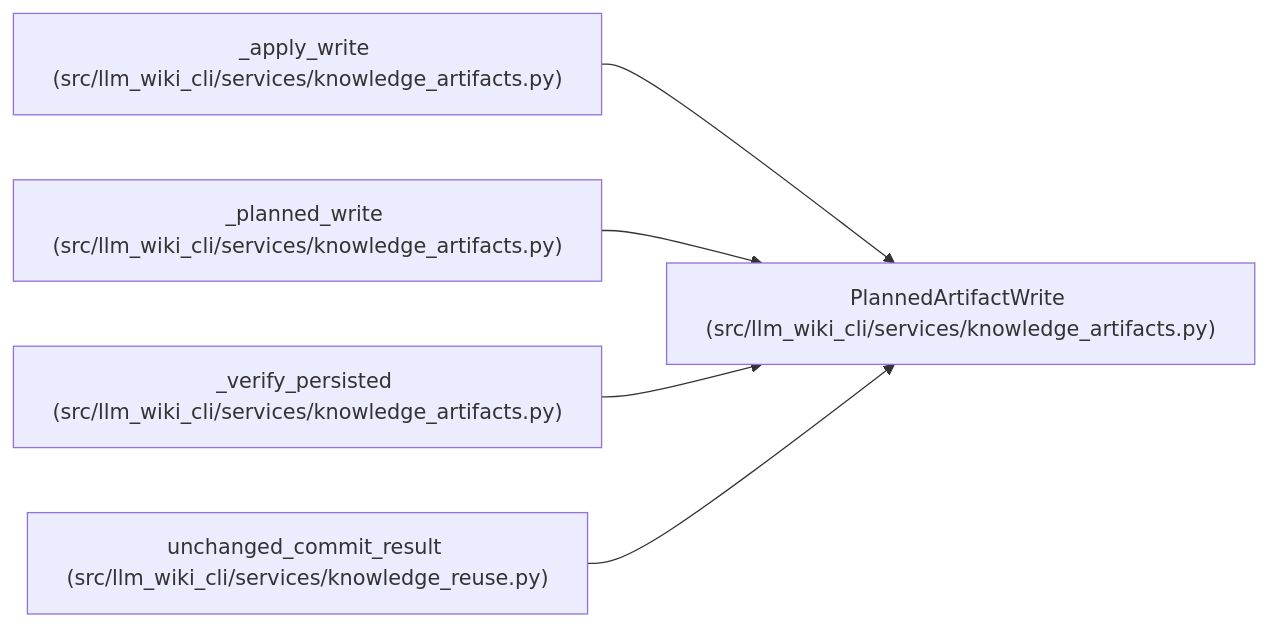
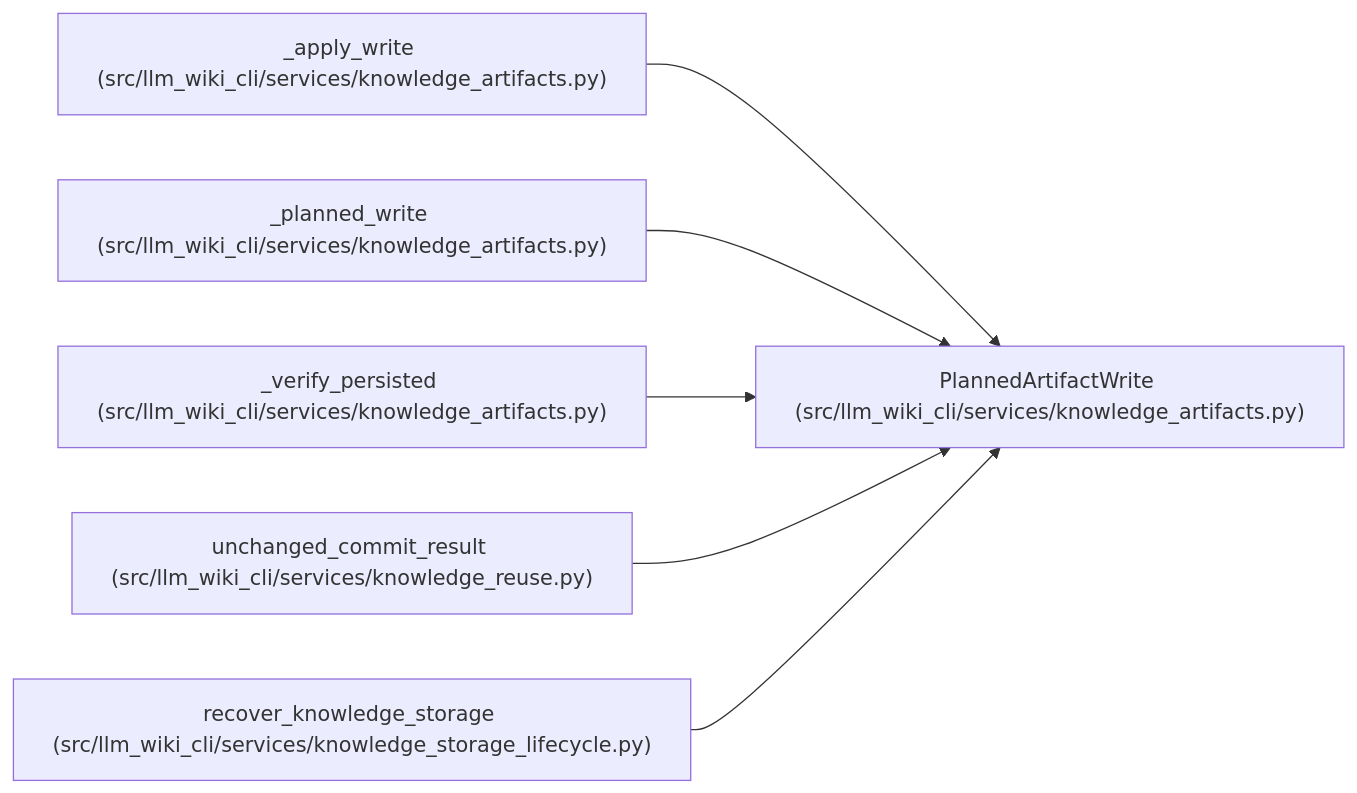
The diagram in docs/llm_wiki/entities/PlannedArtifactWrite.md (Denissvgn/python-wiki-llm), drawn with Mermaid before and after one commit. The commit also changed other lines of this file and 865 other files, not shown here.

First line of the commit message:
Add native task workflows and scalable indexed knowledge storage (#35)

````diff
--- a/docs/llm_wiki/entities/PlannedArtifactWrite.md
+++ b/docs/llm_wiki/entities/PlannedArtifactWrite.md
@@ -32,17 +33,20 @@
 ```mermaid
 flowchart LR
     n0["PlannedArtifactWrite (src/llm_wiki_cli/services/knowledge_artifacts.py)"]
     n1["_apply_write (src/llm_wiki_cli/services/knowledge_artifacts.py)"]
     n2["_planned_write (src/llm_wiki_cli/services/knowledge_artifacts.py)"]
     n3["_verify_persisted (src/llm_wiki_cli/services/knowledge_artifacts.py)"]
     n4["unchanged_commit_result (src/llm_wiki_cli/services/knowledge_reuse.py)"]
+    n5["recover_knowledge_storage (src/llm_wiki_cli/services/knowledge_storage_lifecycle.py)"]
     n1 --> n0
     n2 --> n0
     n3 --> n0
     n4 --> n0
+    n5 --> n0
     click n0 "../modules/knowledge_artifacts.md"
     click n1 "../modules/knowledge_artifacts.md"
     click n2 "../modules/knowledge_artifacts.md"
     click n3 "../modules/knowledge_artifacts.md"
     click n4 "../modules/knowledge_reuse.md"
+    click n5 "../modules/knowledge_storage_lifecycle.md"
 ```
````
